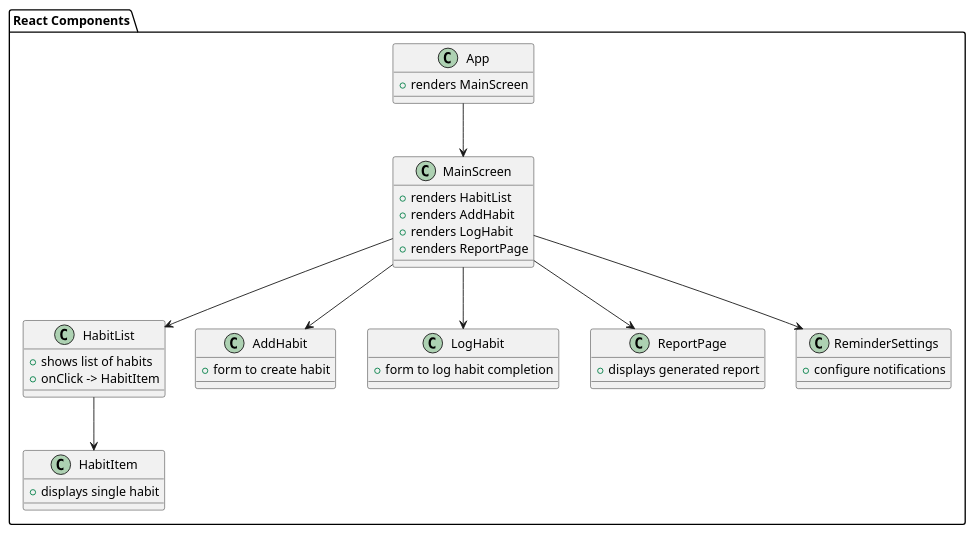
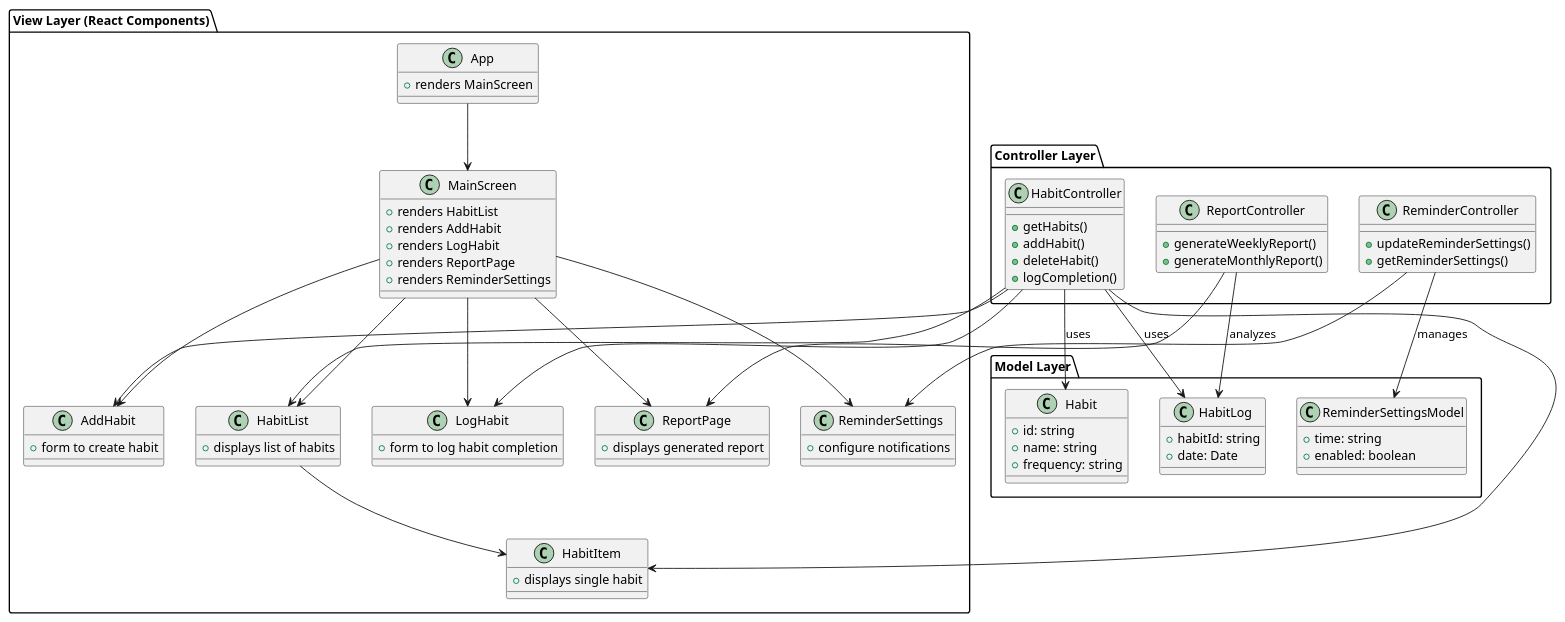
One commit to nu-cs-sw-design/project-20252601-tayo-ade-project changed the diagram in docs/design/design.puml. Above: the diagram before and after it, drawn with PlantUML.

Commit message:
new design changes

```diff
--- a/docs/design/design.puml
+++ b/docs/design/design.puml
@@ -1,51 +1,105 @@
 @startuml
 
-package "React Components" {
+package "Model Layer" {
+  class Habit {
+    + id: string
+    + name: string
+    + frequency: string
+  }
+
+  class HabitLog {
+    + habitId: string
+    + date: Date
+  }
+
+  class ReminderSettingsModel {
+    + time: string
+    + enabled: boolean
+  }
+}
+
+package "View Layer (React Components)" {
 
   class App {
     + renders MainScreen
   }
 
   class MainScreen {
     + renders HabitList
     + renders AddHabit
     + renders LogHabit
     + renders ReportPage
+    + renders ReminderSettings
   }
 
   class HabitList {
-    + shows list of habits
-    + onClick -> HabitItem
+    + displays list of habits
   }
 
   class HabitItem {
     + displays single habit
   }
 
   class AddHabit {
     + form to create habit
   }
 
   class LogHabit {
     + form to log habit completion
   }
 
   class ReportPage {
     + displays generated report
   }
 
   class ReminderSettings {
     + configure notifications
   }
 }
 
+package "Controller Layer" {
+
+  class HabitController {
+    + getHabits()
+    + addHabit()
+    + deleteHabit()
+    + logCompletion()
+  }
+
+  class ReportController {
+    + generateWeeklyReport()
+    + generateMonthlyReport()
+  }
+
+  class ReminderController {
+    + updateReminderSettings()
+    + getReminderSettings()
+  }
+}
+
+' Relationships between layers
+HabitController --> Habit : uses
+HabitController --> HabitLog : uses
+ReportController --> HabitLog : analyzes
+ReminderController --> ReminderSettingsModel : manages
+
+' Controllers providing data to Views
+HabitController --> HabitList
+HabitController --> HabitItem
+HabitController --> AddHabit
+HabitController --> LogHabit
+
+ReportController --> ReportPage
+ReminderController --> ReminderSettings
+
+' App navigation
 App --> MainScreen
 MainScreen --> HabitList
 MainScreen --> AddHabit
 MainScreen --> LogHabit
 MainScreen --> ReportPage
 MainScreen --> ReminderSettings
 
 HabitList --> HabitItem
 
 @enduml
```
